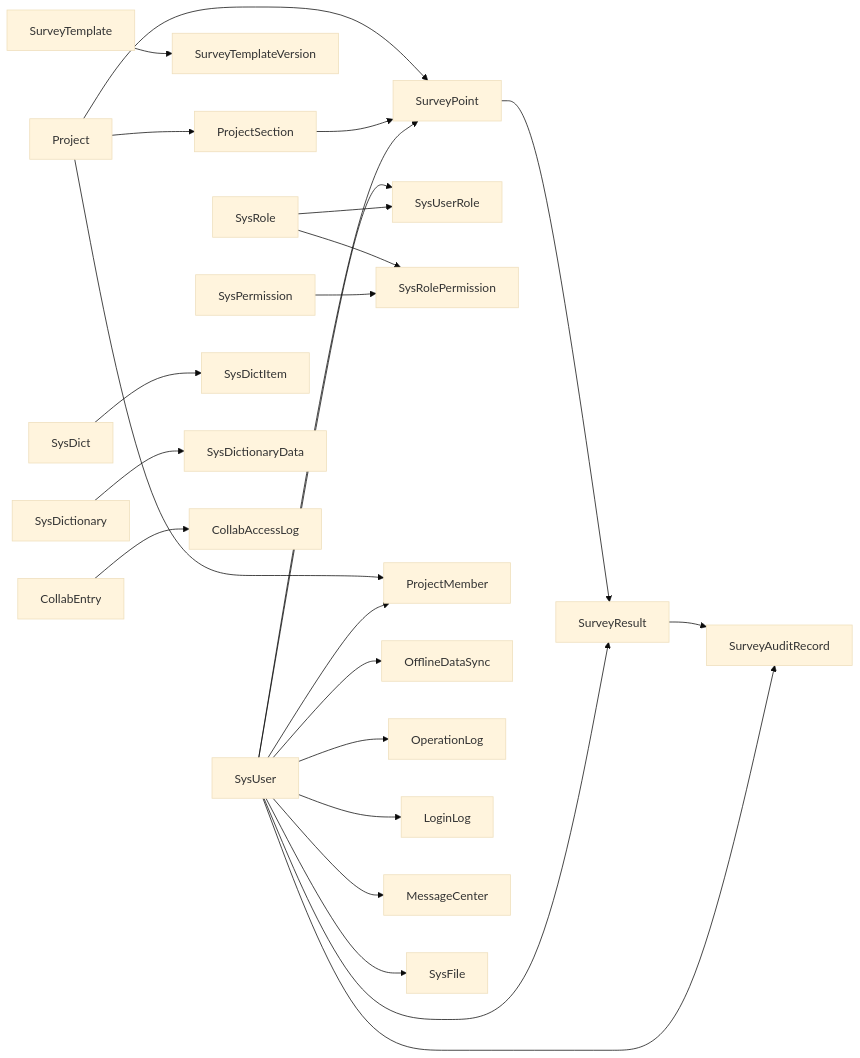
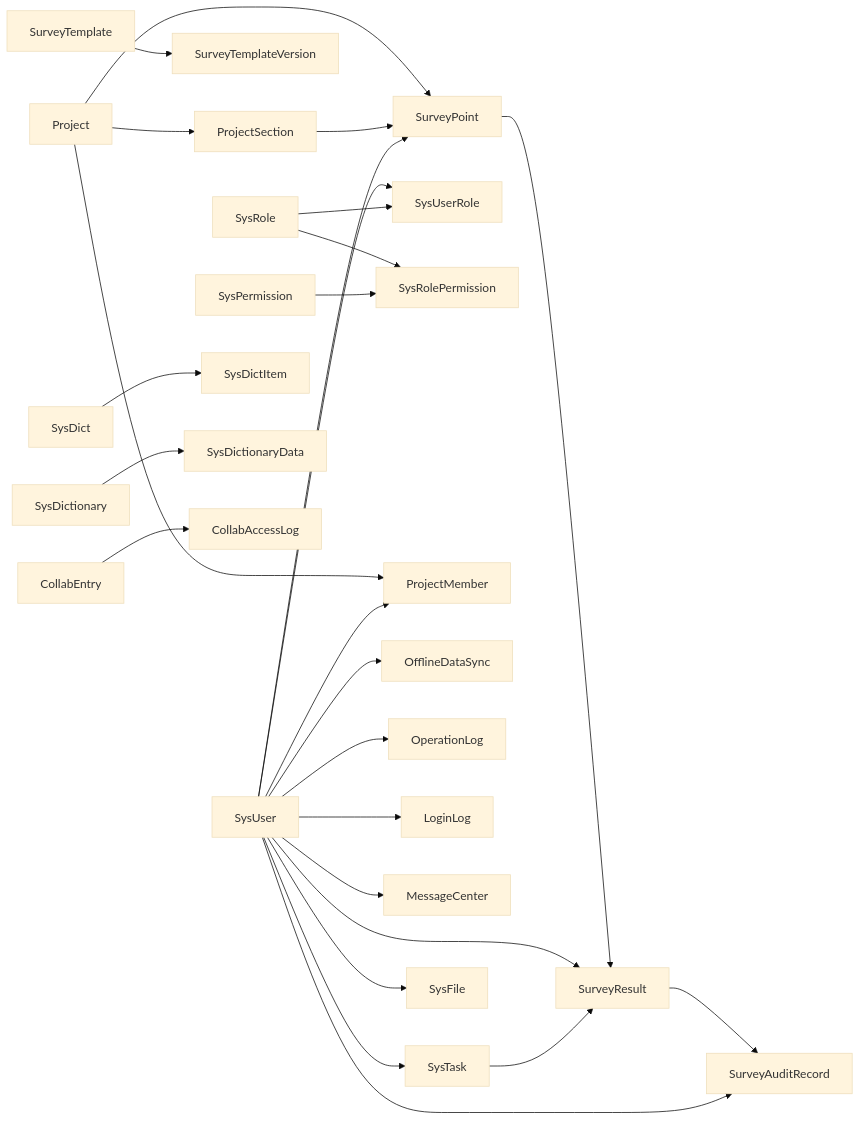
Before and after one commit to bo961386926/Survey-App: the fifth of 5 diagrams in .qoder/repowiki/en/content/Database Design/Database Design.md, drawn with Mermaid (base theme). The commit also changed other lines of this file and 25 other files, not shown here.

````diff
--- a/.qoder/repowiki/en/content/Database Design/Database Design.md
+++ b/.qoder/repowiki/en/content/Database Design/Database Design.md
@@ -698,26 +792,28 @@
 ```mermaid
 graph LR
 Project["Project"] --> ProjectSection["ProjectSection"]
 Project --> SurveyPoint["SurveyPoint"]
 ProjectSection --> SurveyPoint
 SurveyTemplate["SurveyTemplate"] --> SurveyTemplateVersion["SurveyTemplateVersion"]
 SurveyPoint --> SurveyResult["SurveyResult"]
 SurveyResult --> SurveyAuditRecord["SurveyAuditRecord"]
 SysUser["SysUser"] --> SurveyPoint
 SysUser --> SurveyResult
 SysUser --> SurveyAuditRecord
 SysUser --> SysUserRole["SysUserRole"]
 SysRole["SysRole"] --> SysUserRole
 SysRole --> SysRolePermission["SysRolePermission"]
 SysPermission["SysPermission"] --> SysRolePermission
 SysDict["SysDict"] --> SysDictItem["SysDictItem"]
 SysDictionary["SysDictionary"] --> SysDictionaryData["SysDictionaryData"]
 Project --> ProjectMember["ProjectMember"]
 SysUser --> ProjectMember
 SysUser --> OfflineDataSync["OfflineDataSync"]
 SysUser --> OperationLog["OperationLog"]
 SysUser --> LoginLog["LoginLog"]
 SysUser --> MessageCenter["MessageCenter"]
+SysUser --> SysTask["SysTask"]
 CollabEntry["CollabEntry"] --> CollabAccessLog["CollabAccessLog"]
 SysUser --> SysFile["SysFile"]
+SysTask --> SurveyResult["SurveyResult"]
 ```
````
